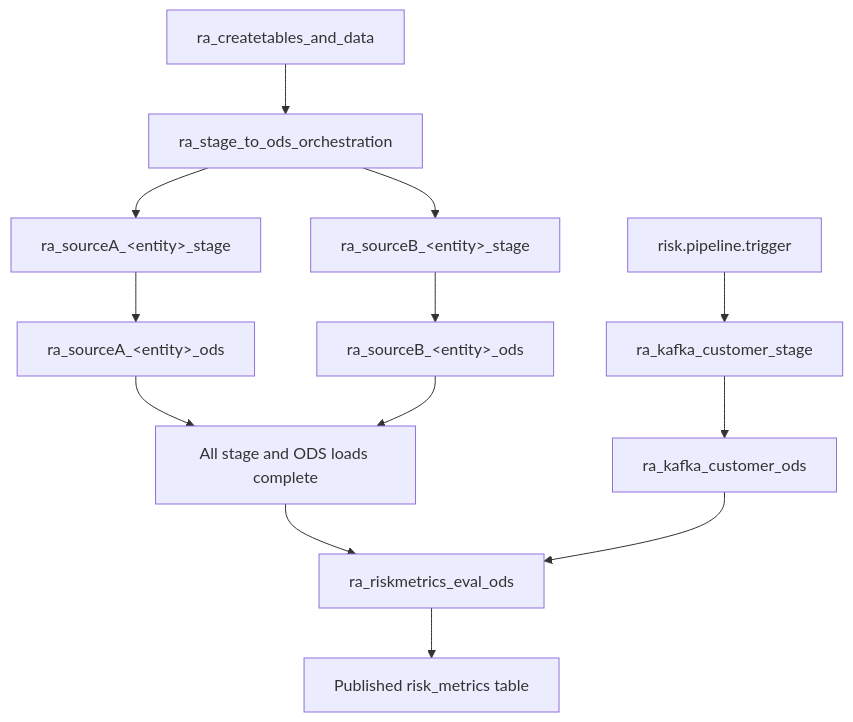
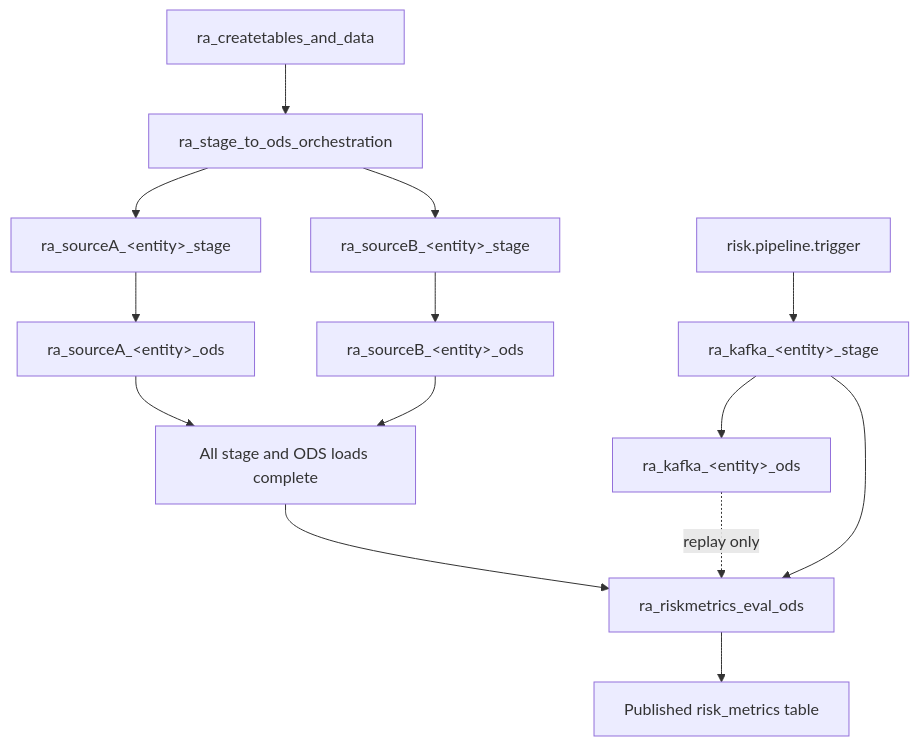
The first of 2 diagrams in docs/platform-interfaces-and-operations.md (sankarasub/riskanalytics_df), drawn with Mermaid before and after one commit. The commit also changed other lines of this file and 52 other files, not shown here.

Commit message:
Parallelize the STAGE/ODS fan-out, stream every entity, and add CI gates

````diff
--- a/docs/platform-interfaces-and-operations.md
+++ b/docs/platform-interfaces-and-operations.md
@@ -229,15 +231,16 @@
 ```mermaid
 flowchart TD
   bootstrap[ra_createtables_and_data] --> fanout[ra_stage_to_ods_orchestration]
   fanout --> stageA["ra_sourceA_&lt;entity&gt;_stage"]
   fanout --> stageB["ra_sourceB_&lt;entity&gt;_stage"]
   stageA --> odsA["ra_sourceA_&lt;entity&gt;_ods"]
   stageB --> odsB["ra_sourceB_&lt;entity&gt;_ods"]
   odsA --> join[All stage and ODS loads complete]
   odsB --> join
   join --> risk[ra_riskmetrics_eval_ods]
-  kafka[risk.pipeline.trigger] --> kstage[ra_kafka_customer_stage]
-  kstage --> kods[ra_kafka_customer_ods]
-  kods --> risk
+  kafka[risk.pipeline.trigger] --> kstage["ra_kafka_&lt;entity&gt;_stage"]
+  kstage --> kods["ra_kafka_&lt;entity&gt;_ods"]
+  kods -. "replay only" .-> risk
+  kstage --> risk
   risk --> metrics[Published risk_metrics table]
 ```
````
